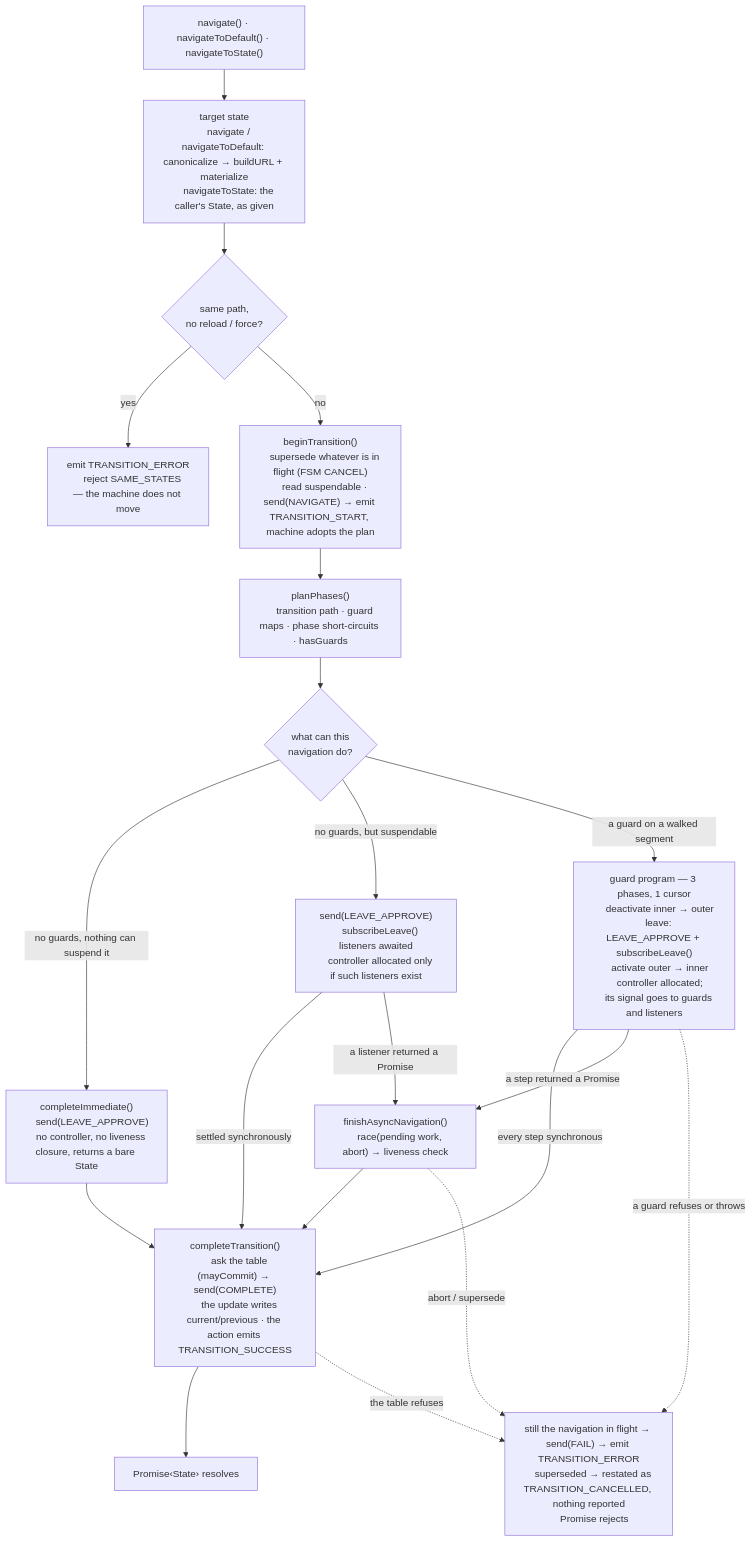
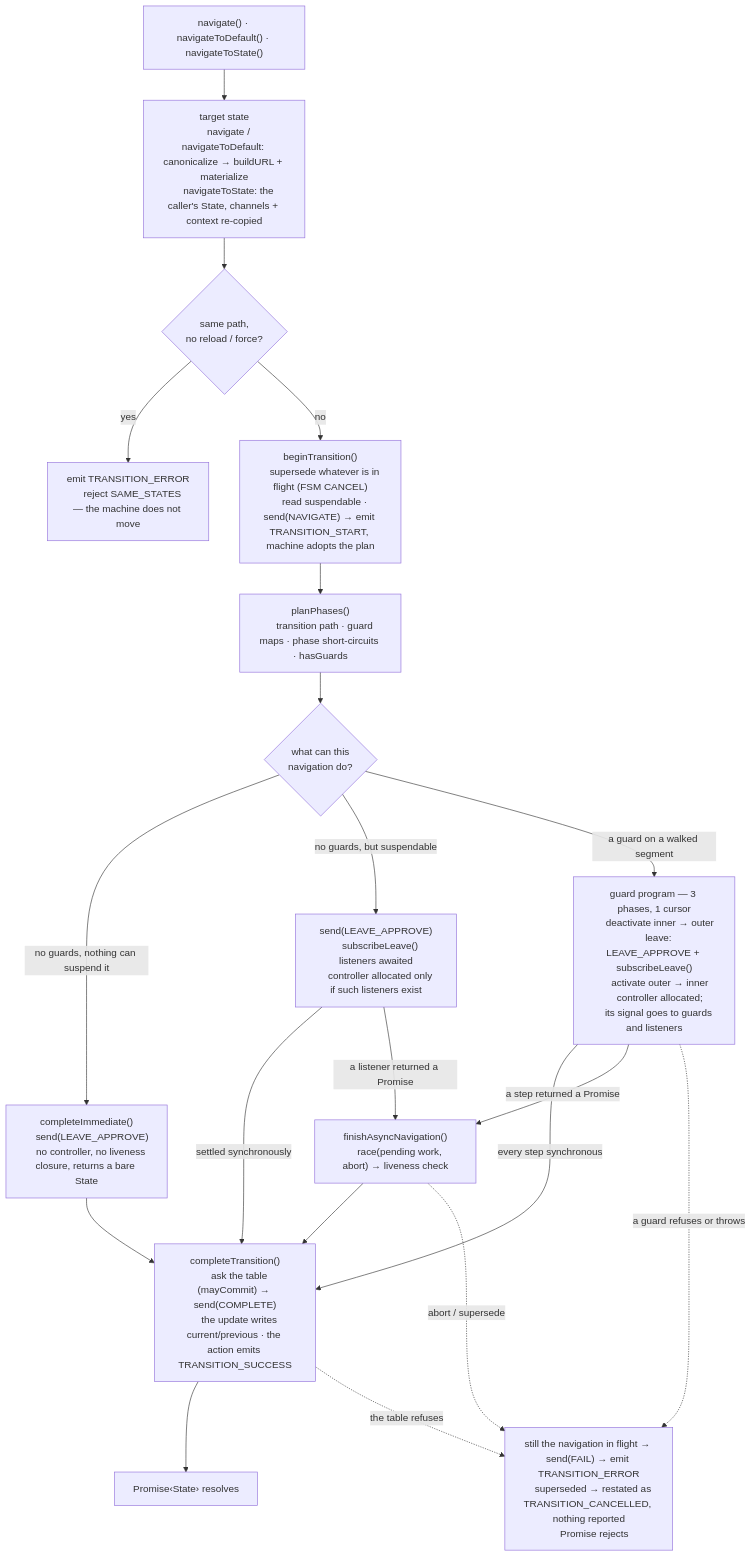
Before and after one commit to greydragon888/real-router: the third of 3 diagrams in ARCHITECTURE.md, drawn with Mermaid. The commit also changed other lines of this file and 25 other files, not shown here.

````diff
--- a/ARCHITECTURE.md
+++ b/ARCHITECTURE.md
@@ -379,60 +379,60 @@
 ```mermaid
 flowchart TD
     ENTRY["navigate() · navigateToDefault() · navigateToState()"] --> BUILD
 
     BUILD["target state
     navigate / navigateToDefault: canonicalize → buildURL + materialize
-    navigateToState: the caller's State, as given"] --> SAME
+    navigateToState: the caller's State, channels + context re-copied"] --> SAME
 
     SAME{"same path,
     no reload / force?"}
     SAME -->|yes| SAMEERR["emit TRANSITION_ERROR
     reject SAME_STATES — the machine does not move"]
 
     SAME -->|no| BEGIN["beginTransition()
     supersede whatever is in flight (FSM CANCEL)
     read suspendable · send(NAVIGATE) → emit TRANSITION_START, machine adopts the plan"]
 
     BEGIN --> PLAN["planPhases()
     transition path · guard maps · phase short-circuits · hasGuards"]
 
     PLAN --> ARC{"what can this
     navigation do?"}
 
     ARC -->|"no guards, nothing can suspend it"| IMMEDIATE["completeImmediate()
     send(LEAVE_APPROVE)
     no controller, no liveness closure, returns a bare State"]
 
     ARC -->|"no guards, but suspendable"| LEAVE["send(LEAVE_APPROVE)
     subscribeLeave() listeners awaited
     controller allocated only if such listeners exist"]
 
     ARC -->|"a guard on a walked segment"| GUARDS["guard program — 3 phases, 1 cursor
     deactivate inner → outer
     leave: LEAVE_APPROVE + subscribeLeave()
     activate outer → inner
     controller allocated;
     its signal goes to guards and listeners"]
 
     IMMEDIATE --> COMPLETE
     LEAVE -->|"settled synchronously"| COMPLETE
     GUARDS -->|"every step synchronous"| COMPLETE
     LEAVE -->|"a listener returned a Promise"| ASYNC
     GUARDS -->|"a step returned a Promise"| ASYNC
 
     ASYNC["finishAsyncNavigation()
     race(pending work, abort) → liveness check"] --> COMPLETE
 
     COMPLETE["completeTransition()
     ask the table (mayCommit) → send(COMPLETE)
     the update writes current/previous · the action emits TRANSITION_SUCCESS"]
     COMPLETE --> RESOLVE["Promise‹State› resolves"]
 
     GUARDS -.->|"a guard refuses or throws"| ERR
     ASYNC -.->|"abort / supersede"| ERR
     COMPLETE -.->|"the table refuses"| ERR
 
     ERR["still the navigation in flight → send(FAIL) → emit TRANSITION_ERROR
     superseded → restated as TRANSITION_CANCELLED, nothing reported
     Promise rejects"]
 ```
````
